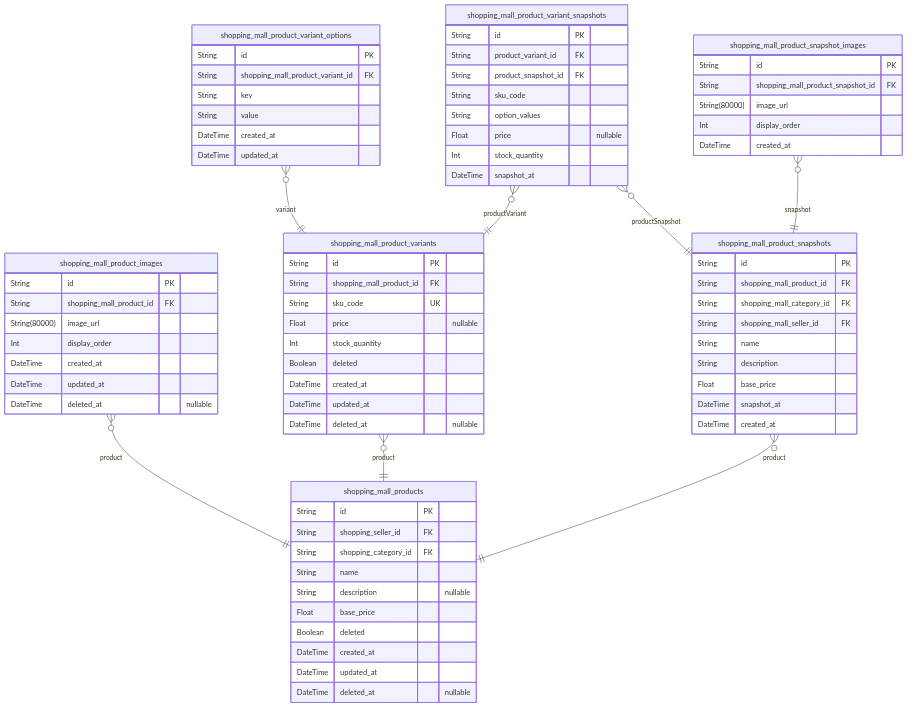
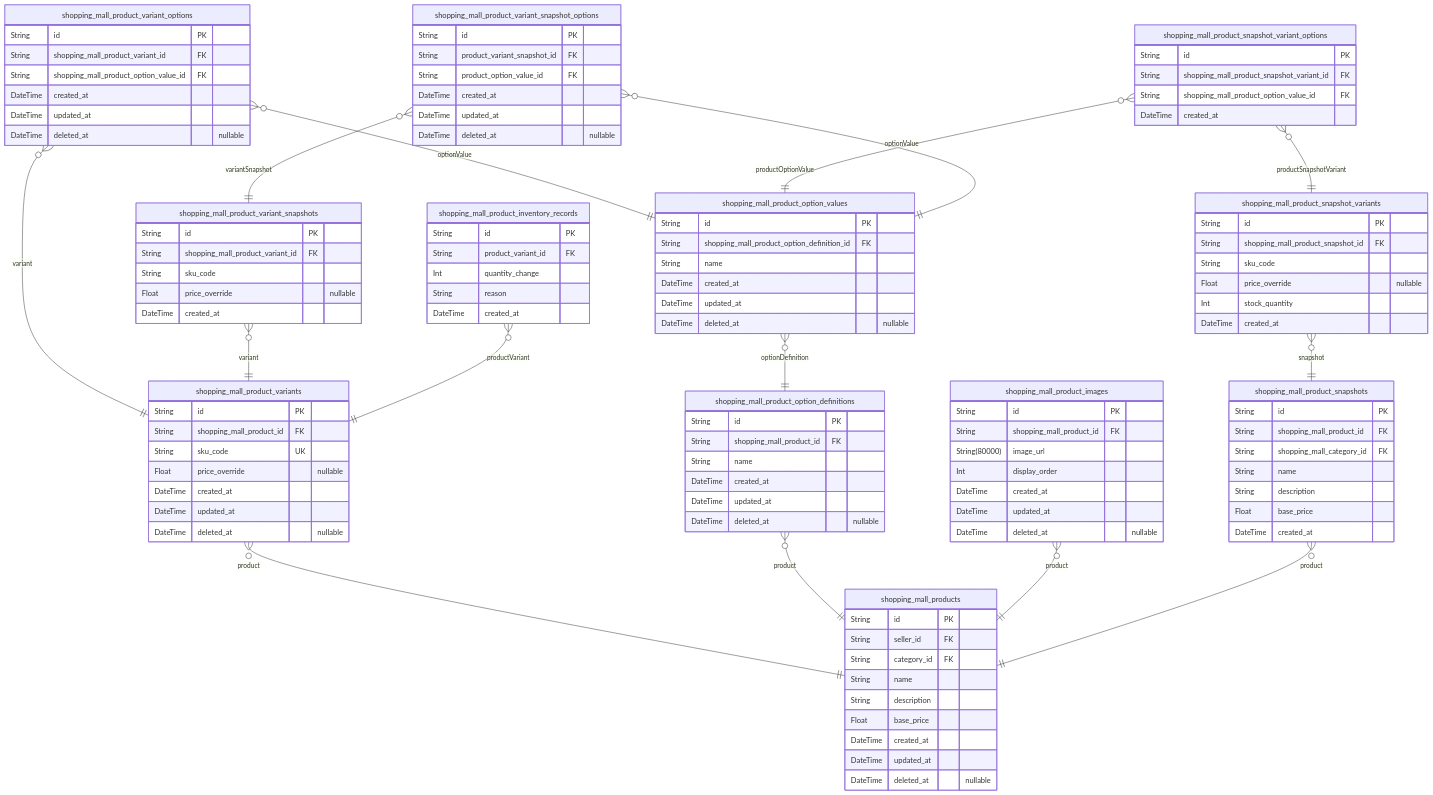
The fifth of 14 diagrams in qwen/qwen3.5-397b-a17b/shopping/docs/ERD.md (wrtnlabs/autobe-examples), drawn with Mermaid before and after one commit. The commit also changed other lines of this file and 9017 other files, not shown here.

````diff
--- a/qwen/qwen3.5-397b-a17b/shopping/docs/ERD.md
+++ b/qwen/qwen3.5-397b-a17b/shopping/docs/ERD.md
@@ -595,12 +682,44 @@
 erDiagram
 "shopping_mall_products" {
   String id PK
-  String shopping_seller_id FK
-  String shopping_category_id FK
+  String seller_id FK
+  String category_id FK
   String name
-  String description "nullable"
+  String description
   Float base_price
-  Boolean deleted
+  DateTime created_at
+  DateTime updated_at
+  DateTime deleted_at "nullable"
+}
+"shopping_mall_product_variants" {
+  String id PK
+  String shopping_mall_product_id FK
+  String sku_code UK
+  Float price_override "nullable"
+  DateTime created_at
+  DateTime updated_at
+  DateTime deleted_at "nullable"
+}
+"shopping_mall_product_option_definitions" {
+  String id PK
+  String shopping_mall_product_id FK
+  String name
+  DateTime created_at
+  DateTime updated_at
+  DateTime deleted_at "nullable"
+}
+"shopping_mall_product_option_values" {
+  String id PK
+  String shopping_mall_product_option_definition_id FK
+  String name
+  DateTime created_at
+  DateTime updated_at
+  DateTime deleted_at "nullable"
+}
+"shopping_mall_product_variant_options" {
+  String id PK
+  String shopping_mall_product_variant_id FK
+  String shopping_mall_product_option_value_id FK
   DateTime created_at
   DateTime updated_at
   DateTime deleted_at "nullable"
@@ -614,58 +733,63 @@
   DateTime updated_at
   DateTime deleted_at "nullable"
 }
-"shopping_mall_product_variants" {
+"shopping_mall_product_snapshots" {
   String id PK
   String shopping_mall_product_id FK
-  String sku_code UK
-  Float price "nullable"
+  String shopping_mall_category_id FK
+  String name
+  String description
+  Float base_price
+  DateTime created_at
+}
+"shopping_mall_product_snapshot_variants" {
+  String id PK
+  String shopping_mall_product_snapshot_id FK
+  String sku_code
+  Float price_override "nullable"
   Int stock_quantity
-  Boolean deleted
+  DateTime created_at
+}
+"shopping_mall_product_variant_snapshots" {
+  String id PK
+  String shopping_mall_product_variant_id FK
+  String sku_code
+  Float price_override "nullable"
+  DateTime created_at
+}
+"shopping_mall_product_inventory_records" {
+  String id PK
+  String product_variant_id FK
+  Int quantity_change
+  String reason
+  DateTime created_at
+}
+"shopping_mall_product_snapshot_variant_options" {
+  String id PK
+  String shopping_mall_product_snapshot_variant_id FK
+  String shopping_mall_product_option_value_id FK
+  DateTime created_at
+}
+"shopping_mall_product_variant_snapshot_options" {
+  String id PK
+  String product_variant_snapshot_id FK
+  String product_option_value_id FK
   DateTime created_at
   DateTime updated_at
   DateTime deleted_at "nullable"
 }
-"shopping_mall_product_snapshots" {
-  String id PK
-  String shopping_mall_product_id FK
-  String shopping_mall_category_id FK
-  String shopping_mall_seller_id FK
-  String name
-  String description
-  Float base_price
-  DateTime snapshot_at
-  DateTime created_at
-}
-"shopping_mall_product_snapshot_images" {
-  String id PK
-  String shopping_mall_product_snapshot_id FK
-  String(80000) image_url
-  Int display_order
-  DateTime created_at
-}
-"shopping_mall_product_variant_snapshots" {
-  String id PK
-  String product_variant_id FK
-  String product_snapshot_id FK
-  String sku_code
-  String option_values
-  Float price "nullable"
-  Int stock_quantity
-  DateTime snapshot_at
-}
-"shopping_mall_product_variant_options" {
-  String id PK
-  String shopping_mall_product_variant_id FK
-  String key
-  String value
-  DateTime created_at
-  DateTime updated_at
-}
+"shopping_mall_product_variants" }o--|| "shopping_mall_products" : product
+"shopping_mall_product_option_definitions" }o--|| "shopping_mall_products" : product
+"shopping_mall_product_option_values" }o--|| "shopping_mall_product_option_definitions" : optionDefinition
+"shopping_mall_product_variant_options" }o--|| "shopping_mall_product_variants" : variant
+"shopping_mall_product_variant_options" }o--|| "shopping_mall_product_option_values" : optionValue
 "shopping_mall_product_images" }o--|| "shopping_mall_products" : product
-"shopping_mall_product_variants" }o--|| "shopping_mall_products" : product
 "shopping_mall_product_snapshots" }o--|| "shopping_mall_products" : product
-"shopping_mall_product_snapshot_images" }o--|| "shopping_mall_product_snapshots" : snapshot
-"shopping_mall_product_variant_snapshots" }o--|| "shopping_mall_product_variants" : productVariant
-"shopping_mall_product_variant_snapshots" }o--|| "shopping_mall_product_snapshots" : productSnapshot
-"shopping_mall_product_variant_options" }o--|| "shopping_mall_product_variants" : variant
+"shopping_mall_product_snapshot_variants" }o--|| "shopping_mall_product_snapshots" : snapshot
+"shopping_mall_product_variant_snapshots" }o--|| "shopping_mall_product_variants" : variant
+"shopping_mall_product_inventory_records" }o--|| "shopping_mall_product_variants" : productVariant
+"shopping_mall_product_snapshot_variant_options" }o--|| "shopping_mall_product_snapshot_variants" : productSnapshotVariant
+"shopping_mall_product_snapshot_variant_options" }o--|| "shopping_mall_product_option_values" : productOptionValue
+"shopping_mall_product_variant_snapshot_options" }o--|| "shopping_mall_product_variant_snapshots" : variantSnapshot
+"shopping_mall_product_variant_snapshot_options" }o--|| "shopping_mall_product_option_values" : optionValue
 ```
````
